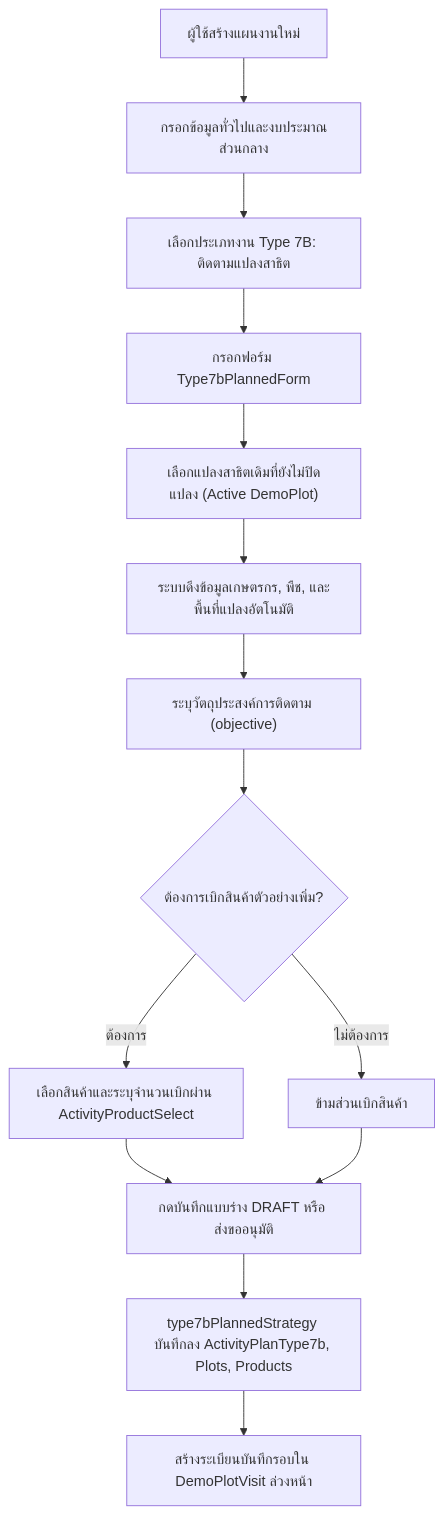
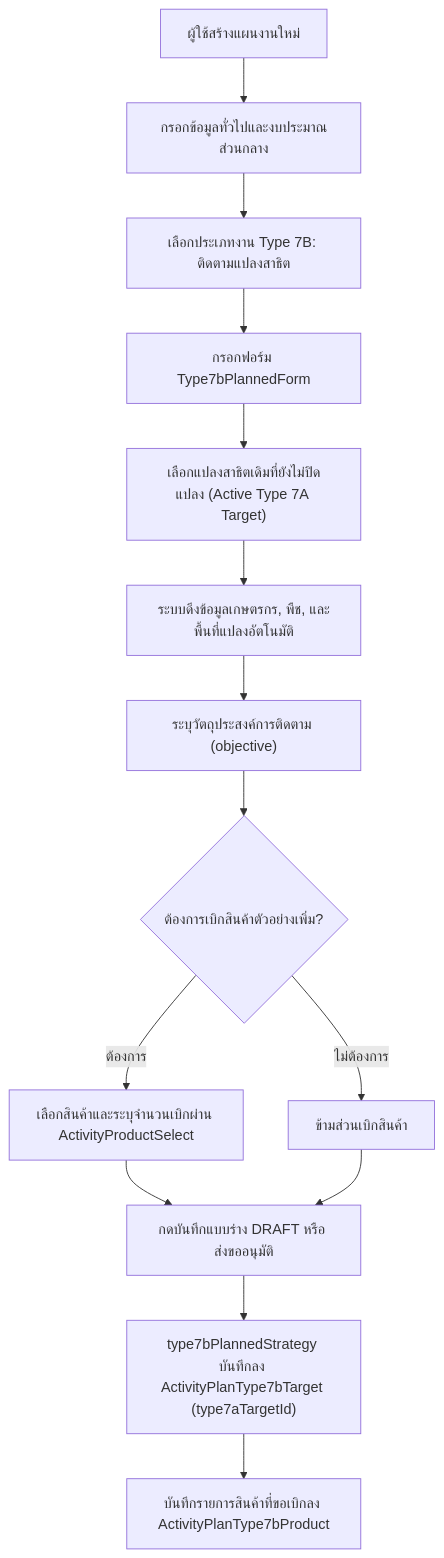
One commit to bankhk10/crm-bank changed the first of 3 diagrams in modules/activity/features/type-7b/README.md. Above: the diagram before and after it, drawn with Mermaid. The commit also changed other lines of this file and 39 other files, not shown here.

````diff
--- a/modules/activity/features/type-7b/README.md
+++ b/modules/activity/features/type-7b/README.md
@@ -71,16 +61,16 @@
 ```mermaid
 graph TD
     A["ผู้ใช้สร้างแผนงานใหม่"] --> B["กรอกข้อมูลทั่วไปและงบประมาณส่วนกลาง"]
     B --> C["เลือกประเภทงาน Type 7B: ติดตามแปลงสาธิต"]
     C --> D["กรอกฟอร์ม Type7bPlannedForm"]
-    D --> E["เลือกแปลงสาธิตเดิมที่ยังไม่ปิดแปลง (Active DemoPlot)"]
+    D --> E["เลือกแปลงสาธิตเดิมที่ยังไม่ปิดแปลง (Active Type 7A Target)"]
     E --> F["ระบบดึงข้อมูลเกษตรกร, พืช, และพื้นที่แปลงอัตโนมัติ"]
     F --> G["ระบุวัตถุประสงค์การติดตาม (objective)"]
     G --> H{"ต้องการเบิกสินค้าตัวอย่างเพิ่ม?"}
     H -->|"ต้องการ"| I["เลือกสินค้าและระบุจำนวนเบิกผ่าน ActivityProductSelect"]
     H -->|"ไม่ต้องการ"| J["ข้ามส่วนเบิกสินค้า"]
     I --> K["กดบันทึกแบบร่าง DRAFT หรือ ส่งขออนุมัติ"]
     J --> K
-    K --> L["type7bPlannedStrategy บันทึกลง ActivityPlanType7b, Plots, Products"]
-    L --> M["สร้างระเบียนบันทึกรอบใน DemoPlotVisit ล่วงหน้า"]
+    K --> L["type7bPlannedStrategy บันทึกลง ActivityPlanType7bTarget (type7aTargetId)"]
+    L --> M["บันทึกรายการสินค้าที่ขอเบิกลง ActivityPlanType7bProduct"]
 ```
````
